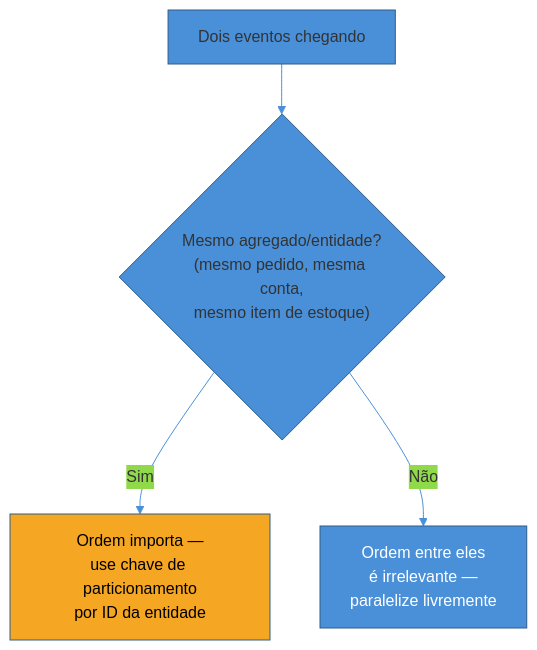
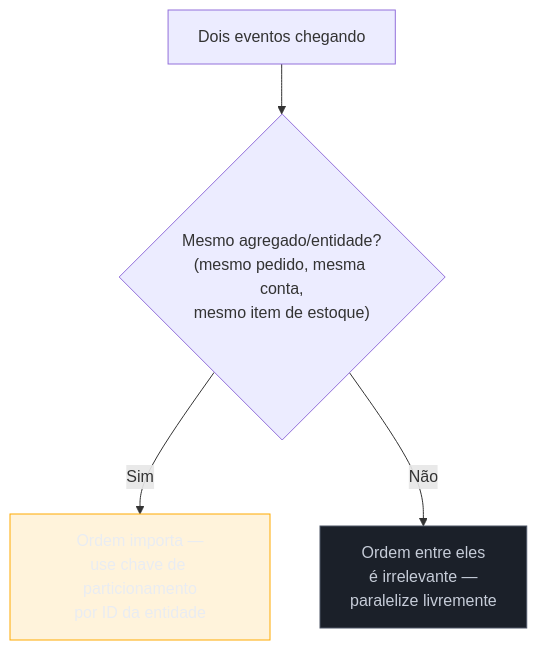
The second of 2 diagrams in 03-Dominios/Engenharia/Comunicação entre Sistemas/4 - Comunicação assíncrona/03 - Garantias de entrega e ordenação.md (josenaldo/codex-technomanticus), drawn with Mermaid before and after one commit. The commit also changed other lines of this file and 1181 other files, not shown here.

First line of the commit message:
fix(diagramas): paleta do sistema no lugar de cor cravada no markdown

````diff
--- a/03-Dominios/Engenharia/Comunicação entre Sistemas/4 - Comunicação assíncrona/03 - Garantias de entrega e ordenação.md
+++ b/03-Dominios/Engenharia/Comunicação entre Sistemas/4 - Comunicação assíncrona/03 - Garantias de entrega e ordenação.md
@@ -166,10 +168,11 @@
 ```mermaid
-%%{init: {"theme": "base", "themeVariables": {"primaryColor": "#4A90D9", "primaryBorderColor": "#2E5C8A", "lineColor": "#4A90D9"}}}%%
 flowchart TD
+    classDef destaque fill:#FFAA0024,stroke:#FFAA00,color:#E9ECF2
+    classDef neutro fill:#1B2029,stroke:#4E5666,color:#C6CCD8
     A["Dois eventos chegando"] --> B{"Mesmo agregado/entidade?<br/>(mesmo pedido, mesma conta,<br/>mesmo item de estoque)"}
     B -->|"Sim"| C["Ordem importa —<br/>use chave de particionamento<br/>por ID da entidade"]
     B -->|"Não"| D["Ordem entre eles<br/>é irrelevante —<br/>paralelize livremente"]
 
-    style C fill:#F5A623,color:#000
-    style D fill:#4A90D9,color:#fff
+    class C destaque
+    class D neutro
 ```
````
